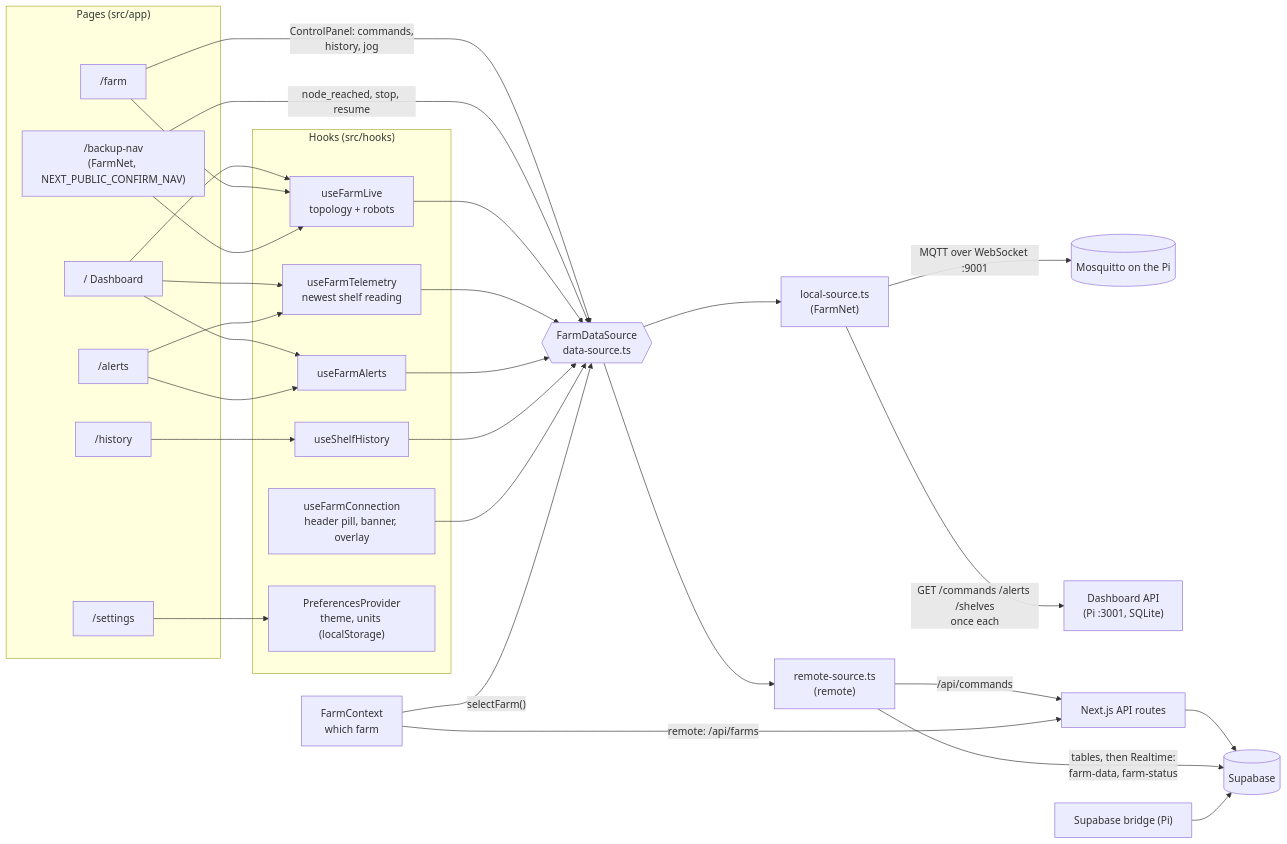
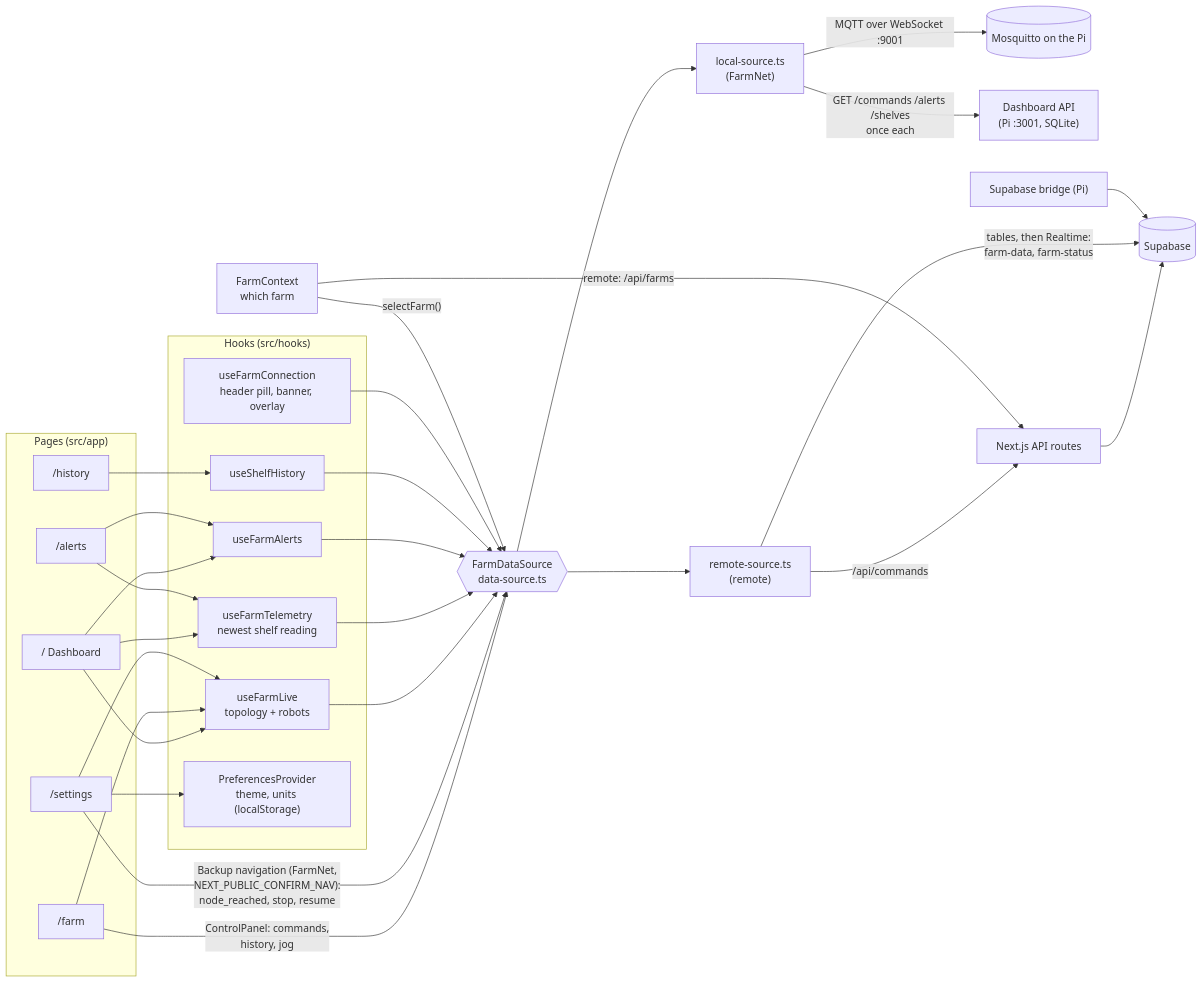
One commit to Ca1eb9/verdant-os changed the first of 5 diagrams in web/docs/architecture.md. Above: the diagram before and after it, drawn with Mermaid. The commit also changed 7 other files, not shown here.

First line of the commit message:
Move backup navigation to the bottom of Settings

````diff
--- a/web/docs/architecture.md
+++ b/web/docs/architecture.md
@@ -13,47 +13,46 @@
 ```mermaid
 flowchart LR
     subgraph Pages["Pages (src/app)"]
         Dash["/ Dashboard"]
         Farm["/farm"]
         Hist["/history"]
         Alerts["/alerts"]
         Settings["/settings"]
-        Backup["/backup-nav<br/>(FarmNet, NEXT_PUBLIC_CONFIRM_NAV)"]
     end
 
     subgraph Hooks["Hooks (src/hooks)"]
         Live["useFarmLive<br/>topology + robots"]
         Tele["useFarmTelemetry<br/>newest shelf reading"]
         AlertsH["useFarmAlerts"]
         HistH["useShelfHistory"]
         Conn["useFarmConnection<br/>header pill, banner, overlay"]
         Prefs["PreferencesProvider<br/>theme, units (localStorage)"]
     end
 
     FarmCtx["FarmContext<br/>which farm"]
     DS{{"FarmDataSource<br/>data-source.ts"}}
 
     Dash --> Tele & AlertsH & Live
     Farm --> Live
     Farm -- "ControlPanel: commands,<br/>history, jog" --> DS
     Hist --> HistH
     Alerts --> AlertsH & Tele
     Settings --> Prefs
-    Backup --> Live
-    Backup -- "node_reached, stop, resume" --> DS
+    Settings -- "Backup navigation (FarmNet,<br/>NEXT_PUBLIC_CONFIRM_NAV):<br/>node_reached, stop, resume" --> DS
+    Settings --> Live
 
     Live & Tele & AlertsH & HistH & Conn --> DS
     FarmCtx -- "selectFarm()" --> DS
 
     DS --> Local["local-source.ts<br/>(FarmNet)"]
     DS --> Remote["remote-source.ts<br/>(remote)"]
 
     Local -- "MQTT over WebSocket :9001" --> Broker[("Mosquitto on the Pi")]
     Local -- "GET /commands /alerts /shelves<br/>once each" --> DApi["Dashboard API<br/>(Pi :3001, SQLite)"]
 
     Remote -- "/api/commands" --> Next["Next.js API routes"]
     FarmCtx -- "remote: /api/farms" --> Next
     Next --> Supa[("Supabase")]
     Remote -- "tables, then Realtime:<br/>farm-data, farm-status" --> Supa
     Bridge["Supabase bridge (Pi)"] --> Supa
 ```
````
